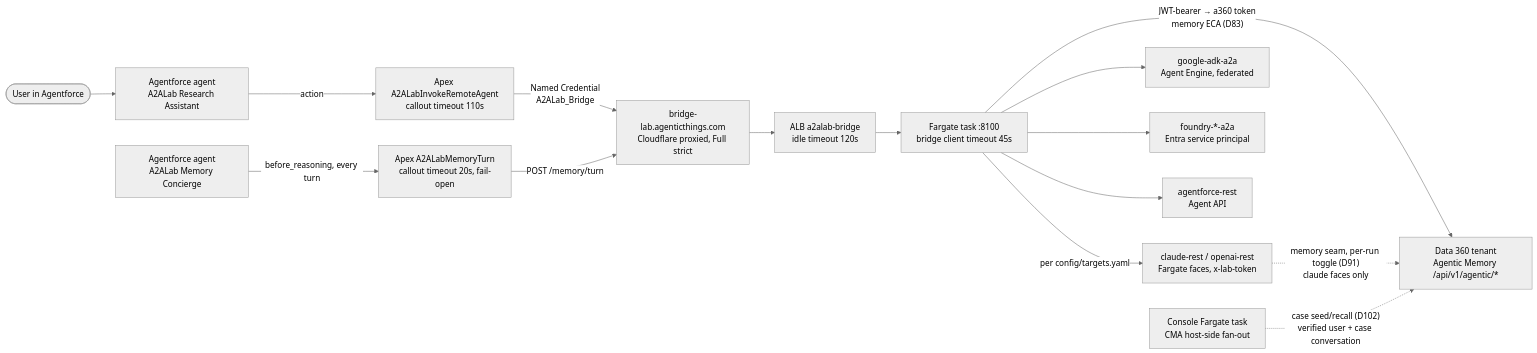
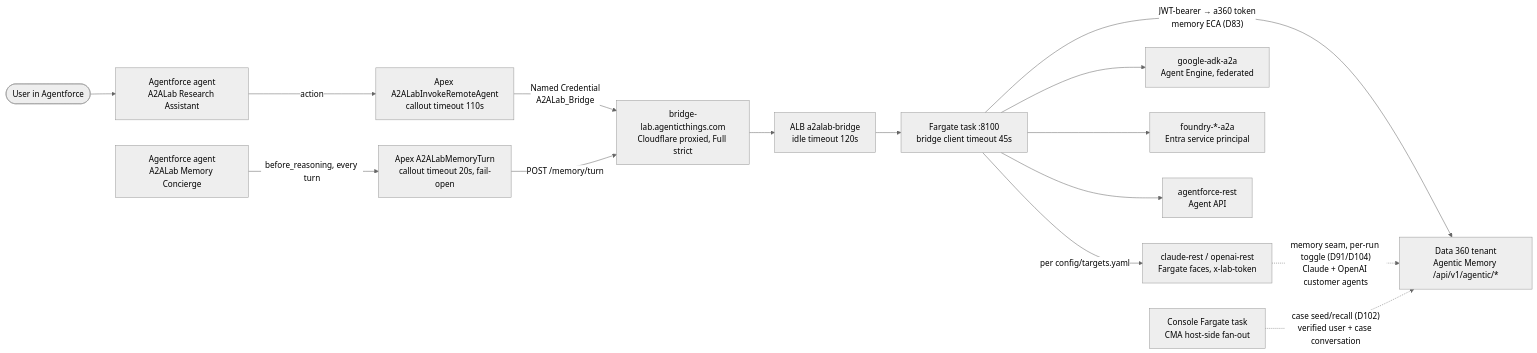
The fourth of 11 diagrams in plan/09-deployment-map.md (congmingwudi/a2a-lab), drawn with Mermaid (neutral theme) before and after one commit. The commit also changed other lines of this file and 33 other files, not shown here.

Commit message:
WS27: complete cross-platform customer memory experiments

````diff
--- a/plan/09-deployment-map.md
+++ b/plan/09-deployment-map.md
@@ -294,17 +294,17 @@
 ```mermaid
 flowchart LR
   USER(["User in Agentforce"]) --> AFA["Agentforce agent<br/>A2ALab Research Assistant"]
   AFA -->|"action"| APEX["Apex A2ALabInvokeRemoteAgent<br/>callout timeout 110s"]
   APEX -->|"Named Credential<br/>A2ALab_Bridge"| DNS["bridge-lab.agenticthings.com<br/>Cloudflare proxied, Full strict"]
   DNS --> ALBX["ALB a2alab-bridge<br/>idle timeout 120s"]
   ALBX --> BRX["Fargate task :8100<br/>bridge client timeout 45s"]
   BRX -->|"per config/targets.yaml"| T1["claude-rest / openai-rest<br/>Fargate faces, x-lab-token"]
   BRX --> T2["google-adk-a2a<br/>Agent Engine, federated"]
   BRX --> T3["foundry-*-a2a<br/>Entra service principal"]
   BRX --> T4["agentforce-rest<br/>Agent API"]
   CON["Agentforce agent<br/>A2ALab Memory Concierge"] -->|"before_reasoning, every turn"| MAPEX["Apex A2ALabMemoryTurn<br/>callout timeout 20s, fail-open"]
   MAPEX -->|"POST /memory/turn"| DNS
   BRX -->|"JWT-bearer → a360 token<br/>memory ECA (D83)"| MEM["Data 360 tenant<br/>Agentic Memory /api/v1/agentic/*"]
-  T1 -.->|"memory seam, per-run toggle (D91)<br/>claude faces only"| MEM
+  T1 -.->|"memory seam, per-run toggle (D91/D104)<br/>Claude + OpenAI customer agents"| MEM
   CMA["Console Fargate task<br/>CMA host-side fan-out"] -.->|"case seed/recall (D102)<br/>verified user + case conversation"| MEM
 ```
````
